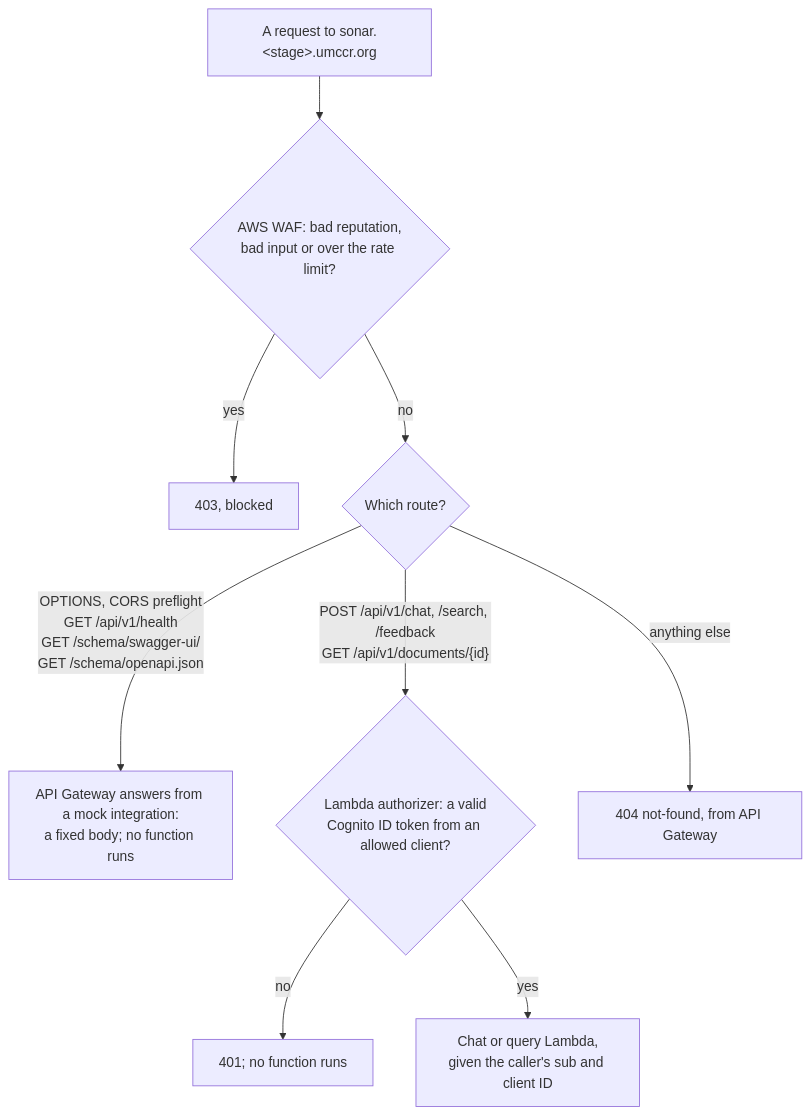
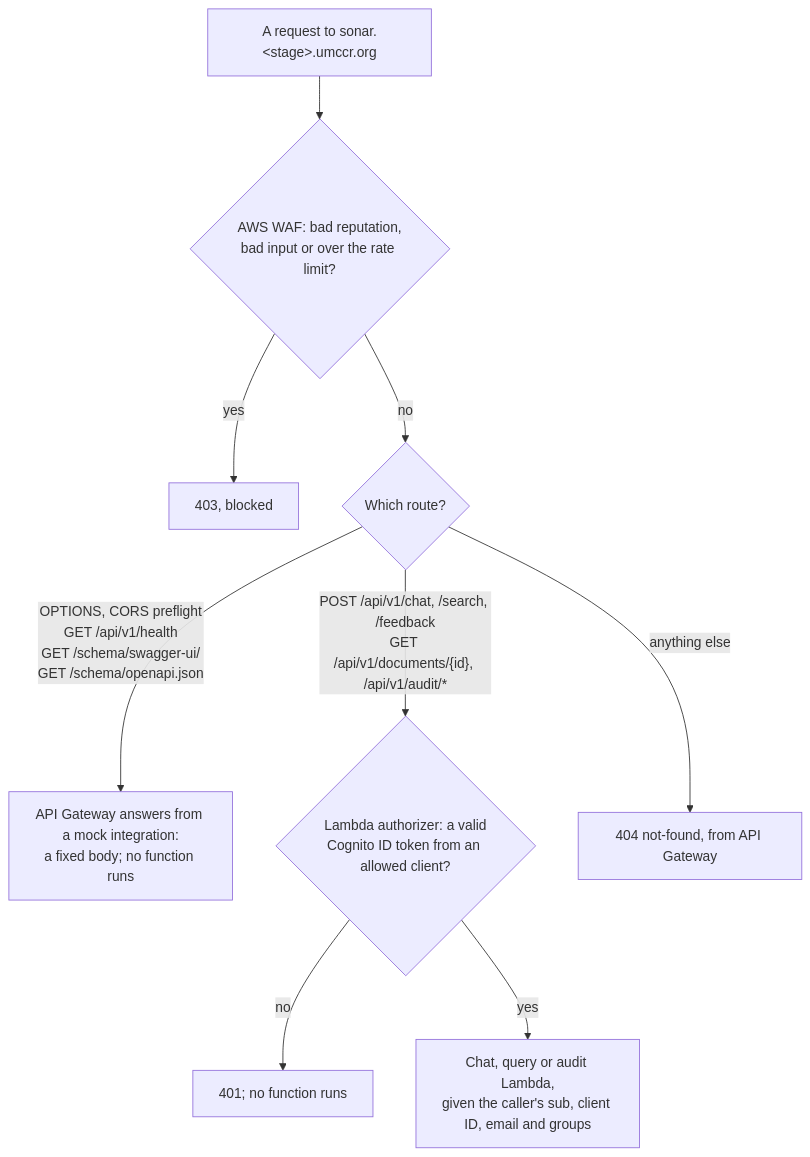
One commit to umccr/orcasonar changed the second of 7 diagrams in docs/design.md. Above: the diagram before and after it, drawn with Mermaid. The commit also changed other lines of this file and 28 other files, not shown here.

Commit message:
Add an audit log API for administrators

````diff
--- a/docs/design.md
+++ b/docs/design.md
@@ -112,11 +116,11 @@
 ```mermaid
 flowchart TD
     request["A request to sonar.#lt;stage#gt;.umccr.org"] --> waf{"AWS WAF: bad reputation,<br/>bad input or over the rate limit?"}
     waf -- yes --> blocked["403, blocked"]
     waf -- no --> route{"Which route?"}
     route -- "OPTIONS, CORS preflight<br/>GET /api/v1/health<br/>GET /schema/swagger-ui/<br/>GET /schema/openapi.json" --> mock["API Gateway answers from a mock integration:<br/>a fixed body; no function runs"]
-    route -- "POST /api/v1/chat, /search, /feedback<br/>GET /api/v1/documents/{id}" --> authz{"Lambda authorizer: a valid<br/>Cognito ID token from an allowed client?"}
+    route -- "POST /api/v1/chat, /search, /feedback<br/>GET /api/v1/documents/{id}, /api/v1/audit/*" --> authz{"Lambda authorizer: a valid<br/>Cognito ID token from an allowed client?"}
     authz -- no --> denied["401; no function runs"]
-    authz -- yes --> fn["Chat or query Lambda,<br/>given the caller's sub and client ID"]
+    authz -- yes --> fn["Chat, query or audit Lambda,<br/>given the caller's sub, client ID, email and groups"]
     route -- "anything else" --> missing["404 not-found, from API Gateway"]
 ```
````
